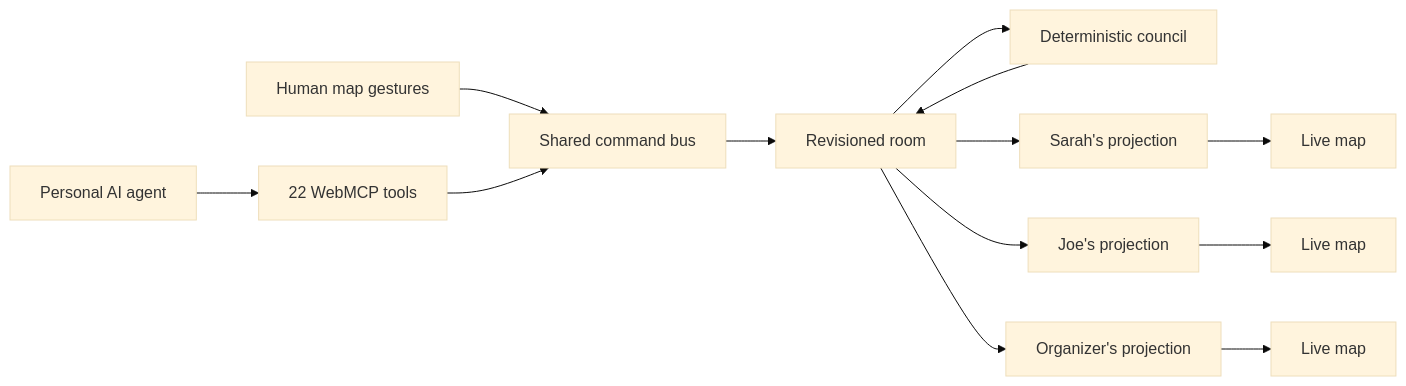
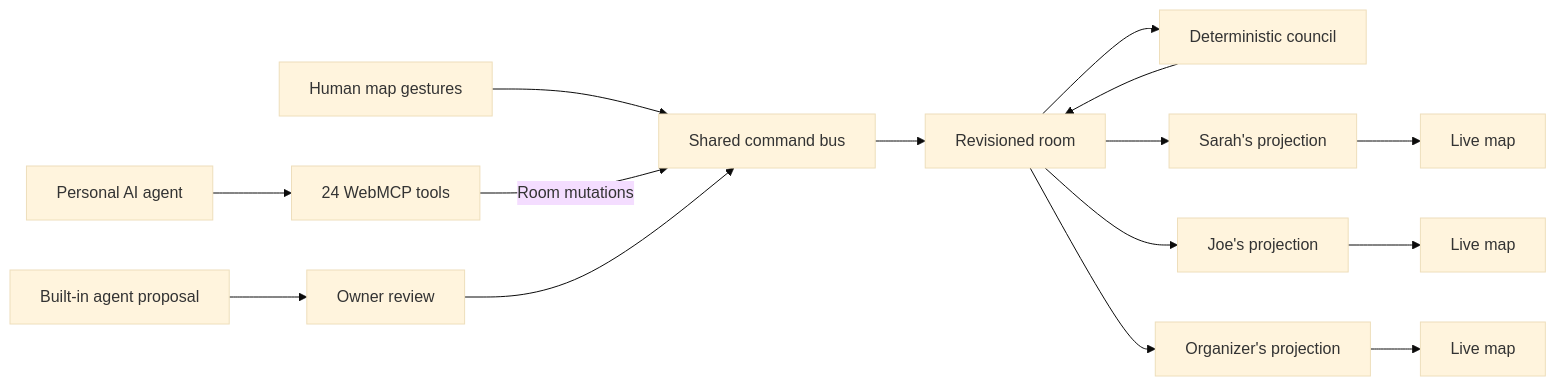
The diagram in README.md (schlessera/webmcp-hackathon), drawn with Mermaid (base theme) before and after one commit. The commit also changed other lines of this file and 18 other files, not shown here.

````diff
--- a/README.md
+++ b/README.md
@@ -85,18 +100,20 @@
 ```mermaid
 flowchart LR
     H[Human map gestures] --> C[Shared command bus]
-    A[Personal AI agent] --> W[22 WebMCP tools]
-    W --> C
+    A[Personal AI agent] --> W[24 WebMCP tools]
+    W -->|Room mutations| C
+    B[Built-in agent proposal] --> O[Owner review]
+    O --> C
 
     C --> R[Revisioned room]
     R --> E[Deterministic council]
     E --> R
 
     R --> P1[Sarah's projection]
     R --> P2[Joe's projection]
     R --> P3[Organizer's projection]
 
     P1 --> M1[Live map]
     P2 --> M2[Live map]
     P3 --> M3[Live map]
 ```
````
